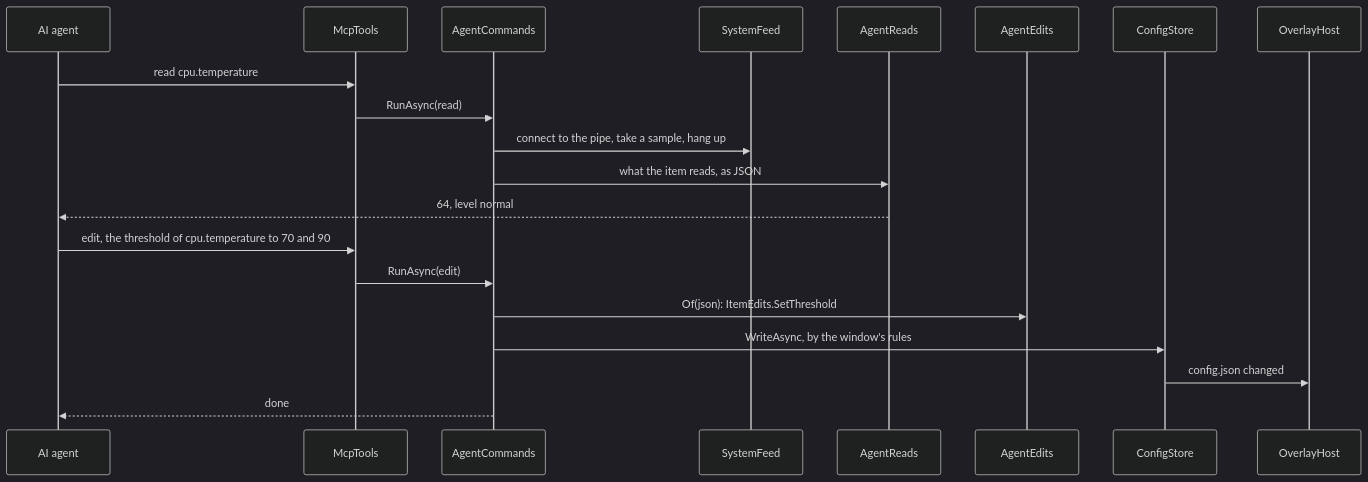
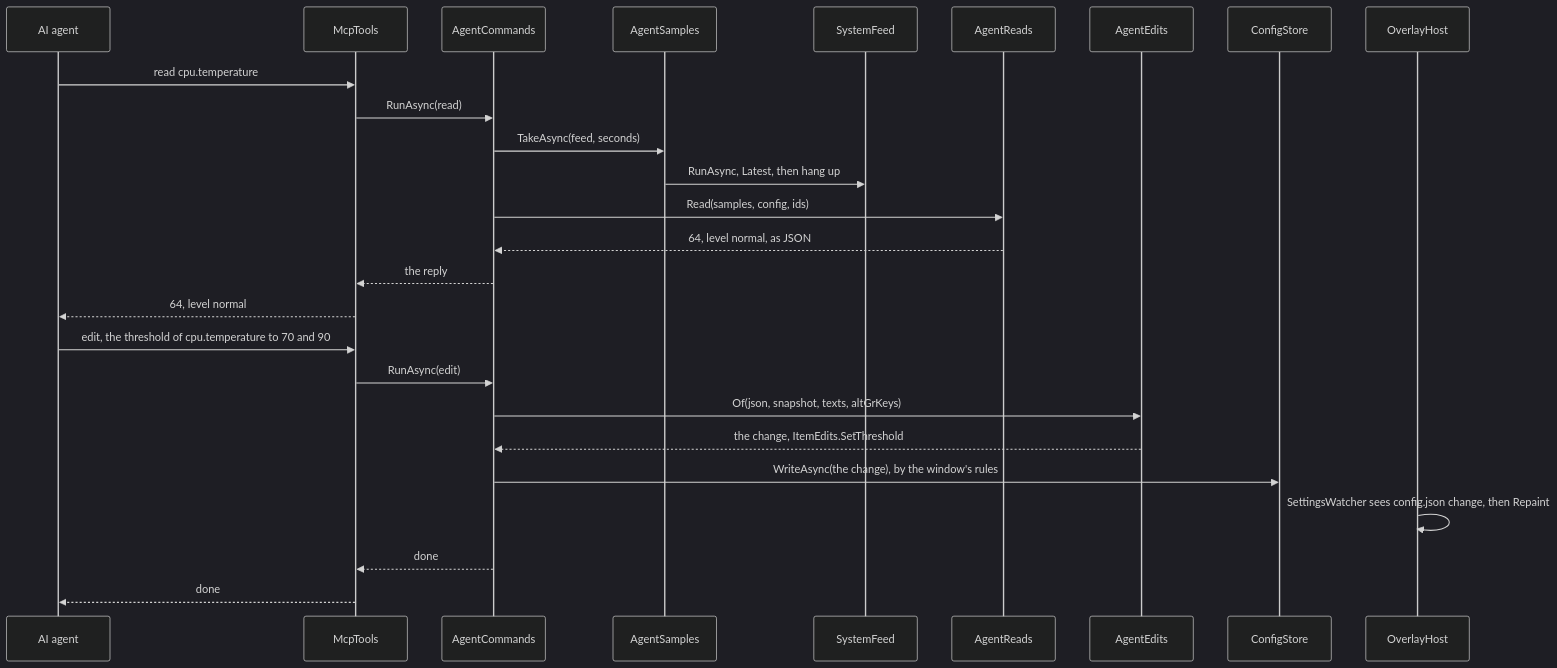
One commit to claudiopi/thermi changed the third of 4 diagrams in docs/ARCHITECTURE.md. Above: the diagram before and after it, drawn with Mermaid (dark theme). The commit also changed other lines of this file, not shown here.

First line of the commit message:
docs: the architecture's diagrams draw each call from the caller to the callee, as the code makes it

````diff
--- a/docs/ARCHITECTURE.md
+++ b/docs/ARCHITECTURE.md
@@ -99,22 +78,28 @@
 ```mermaid
 sequenceDiagram
     participant Agent as AI agent
     participant Mcp as McpTools
     participant Commands as AgentCommands
+    participant Samples as AgentSamples
     participant Feed as SystemFeed
     participant Reads as AgentReads
     participant AgentEdit as AgentEdits
     participant Store as ConfigStore
     participant Overlay as OverlayHost
     Agent->>Mcp: read cpu.temperature
     Mcp->>Commands: RunAsync(read)
-    Commands->>Feed: connect to the pipe, take a sample, hang up
-    Commands->>Reads: what the item reads, as JSON
-    Reads-->>Agent: 64, level normal
+    Commands->>Samples: TakeAsync(feed, seconds)
+    Samples->>Feed: RunAsync, Latest, then hang up
+    Commands->>Reads: Read(samples, config, ids)
+    Reads-->>Commands: 64, level normal, as JSON
+    Commands-->>Mcp: the reply
+    Mcp-->>Agent: 64, level normal
     Agent->>Mcp: edit, the threshold of cpu.temperature to 70 and 90
     Mcp->>Commands: RunAsync(edit)
-    Commands->>AgentEdit: Of(json): ItemEdits.SetThreshold
-    Commands->>Store: WriteAsync, by the window's rules
-    Store->>Overlay: config.json changed
-    Commands-->>Agent: done
+    Commands->>AgentEdit: Of(json, snapshot, texts, altGrKeys)
+    AgentEdit-->>Commands: the change, ItemEdits.SetThreshold
+    Commands->>Store: WriteAsync(the change), by the window's rules
+    Overlay->>Overlay: SettingsWatcher sees config.json change, then Repaint
+    Commands-->>Mcp: done
+    Mcp-->>Agent: done
 ```
````
